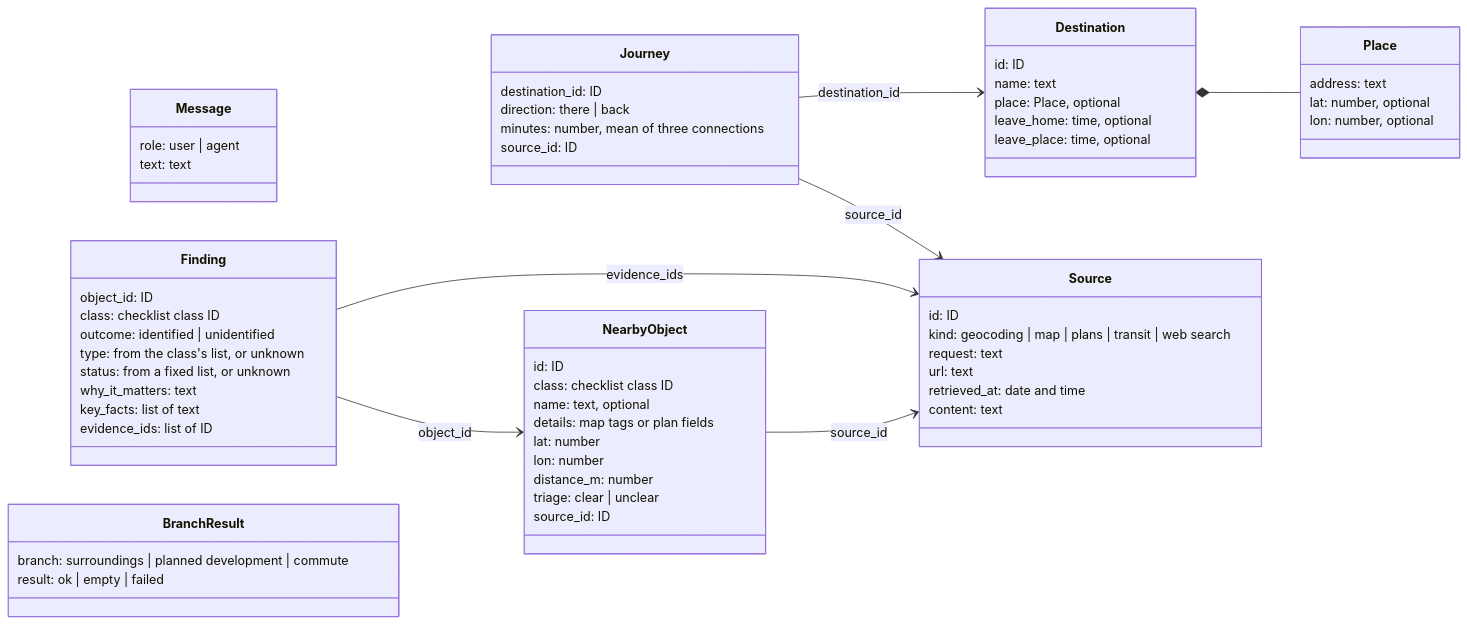
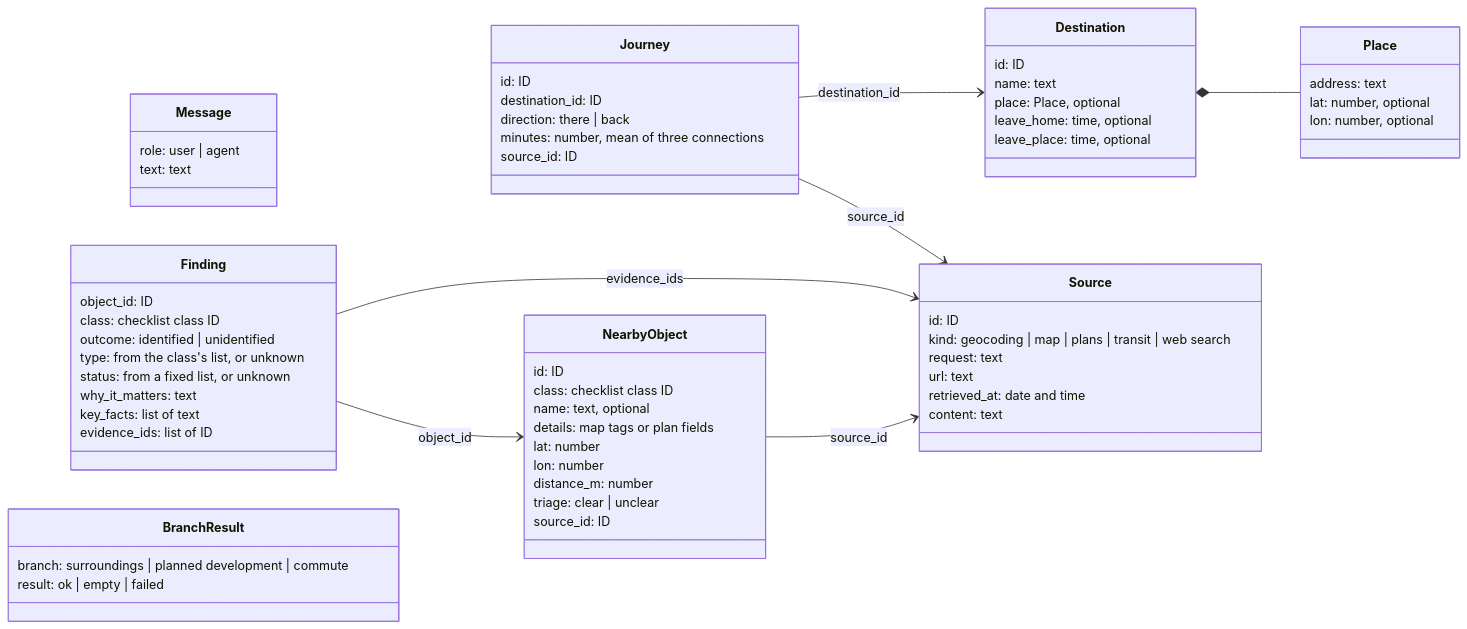
One commit to avashchenkov/out-of-frame changed the second of 2 diagrams in docs/architecture.md. Above: the diagram before and after it, drawn with Mermaid. The commit also changed other lines of this file, not shown here.

````diff
--- a/docs/architecture.md
+++ b/docs/architecture.md
@@ -199,65 +202,66 @@
 ```mermaid
 classDiagram
     direction LR
     class Message {
         role: user | agent
         text: text
     }
     class Place {
         address: text
         lat: number, optional
         lon: number, optional
     }
     class Destination {
         id: ID
         name: text
         place: Place, optional
         leave_home: time, optional
         leave_place: time, optional
     }
     class Source {
         id: ID
         kind: geocoding | map | plans | transit | web search
         request: text
         url: text
         retrieved_at: date and time
         content: text
     }
     class NearbyObject {
         id: ID
         class: checklist class ID
         name: text, optional
         details: map tags or plan fields
         lat: number
         lon: number
         distance_m: number
         triage: clear | unclear
         source_id: ID
     }
     class Finding {
         object_id: ID
         class: checklist class ID
         outcome: identified | unidentified
         type: from the class's list, or unknown
         status: from a fixed list, or unknown
         why_it_matters: text
         key_facts: list of text
         evidence_ids: list of ID
     }
     class Journey {
+        id: ID
         destination_id: ID
         direction: there | back
         minutes: number, mean of three connections
         source_id: ID
     }
     class BranchResult {
         branch: surroundings | planned development | commute
         result: ok | empty | failed
     }
     Destination *-- Place
     NearbyObject --> Source : source_id
     Finding --> NearbyObject : object_id
     Finding --> Source : evidence_ids
     Journey --> Destination : destination_id
     Journey --> Source : source_id
 ```
````
